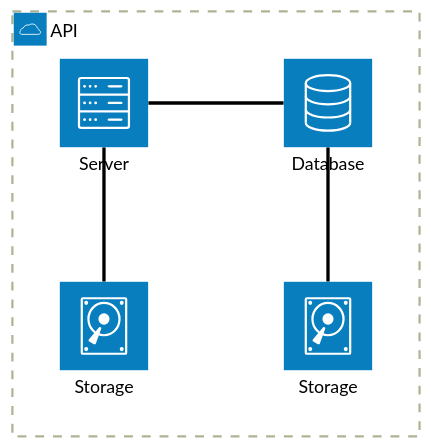
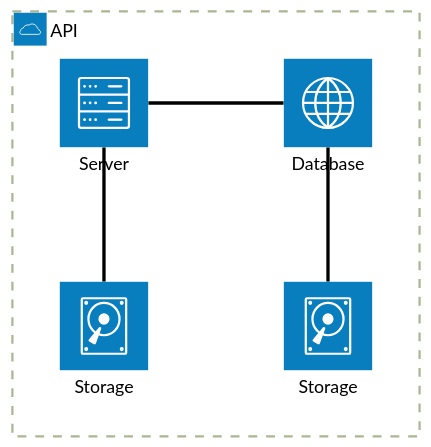
Before and after one commit to DevOpsPlayground/chaos-engineering: the second of 3 diagrams in steps/step01/README.md, drawn with Mermaid (forest theme). The commit also changed other lines of this file, not shown here.

````diff
--- a/steps/step01/README.md
+++ b/steps/step01/README.md
@@ -1,13 +24,13 @@
 ```mermaid
 architecture-beta
     group api(cloud)[API]
 
-    service db(database)[Database] in api
+    service db(internet)[Database] in api
     service disk1(disk)[Storage] in api
     service disk2(disk)[Storage] in api
     service server(server)[Server] in api
 
     db:L -- R:server
     disk1:T -- B:server
     disk2:T -- B:db
 ```
````
